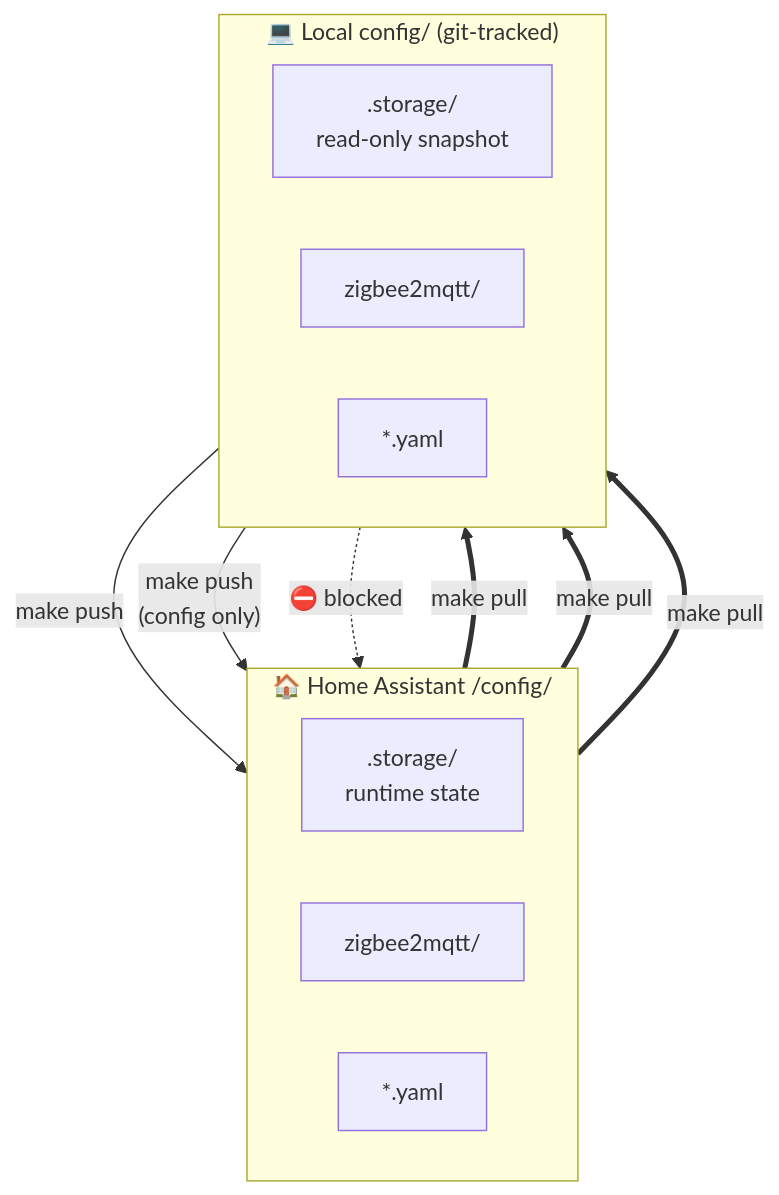
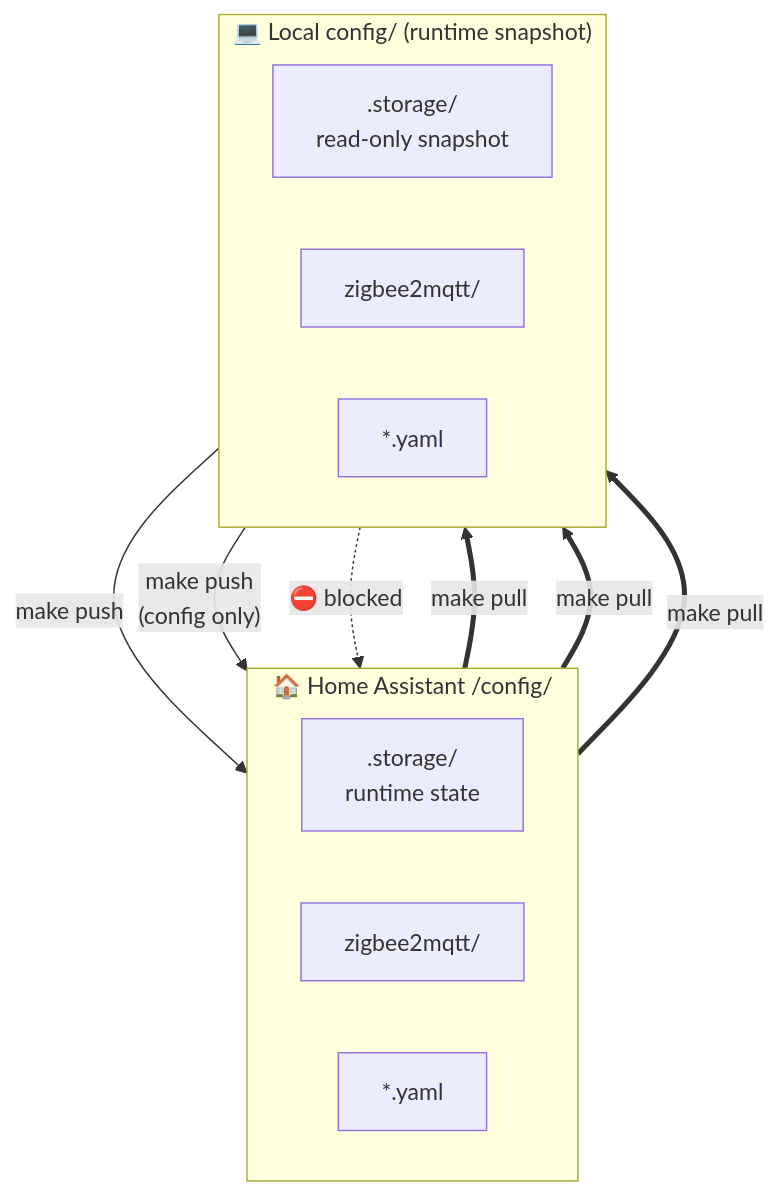
Before and after one commit to stephenwong/ai-homeassistant: the third of 4 diagrams in README.md, drawn with Mermaid. The commit also changed other lines of this file and 8 other files, not shown here.

````diff
--- a/README.md
+++ b/README.md
@@ -117,28 +85,28 @@
 ```mermaid
 flowchart TB
     subgraph HA["🏠 Home Assistant /config/"]
         direction LR
         ha_storage[".storage/<br/>runtime state"]
         ha_z2m["zigbee2mqtt/"]
         ha_yaml["*.yaml"]
     end
 
-    subgraph local["💻 Local config/ (git-tracked)"]
+    subgraph local["💻 Local config/ (runtime snapshot)"]
         direction LR
         loc_storage[".storage/<br/>read-only snapshot"]
         loc_z2m["zigbee2mqtt/"]
         loc_yaml["*.yaml"]
     end
 
-    %% Pull — permissive (thick arrows, everything comes down)
+    %% Pull — permissive but safety-filtered (thick arrows)
     ha_storage ==>|"make pull"| loc_storage
     ha_z2m ==>|"make pull"| loc_z2m
     ha_yaml ==>|"make pull"| loc_yaml
 
     %% Push — restrictive (only YAML + z2m config go up)
     loc_yaml -->|"make push"| ha_yaml
     loc_z2m -->|"make push<br/>(config only)"| ha_z2m
 
     %% .storage/ NEVER pushed
     loc_storage -.->|"⛔ blocked"| ha_storage
 ```
````
